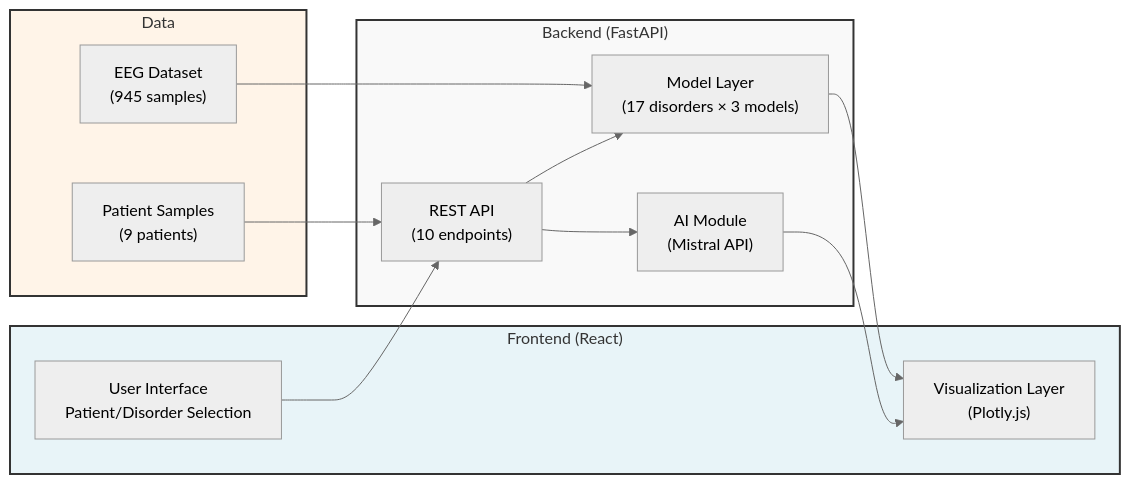
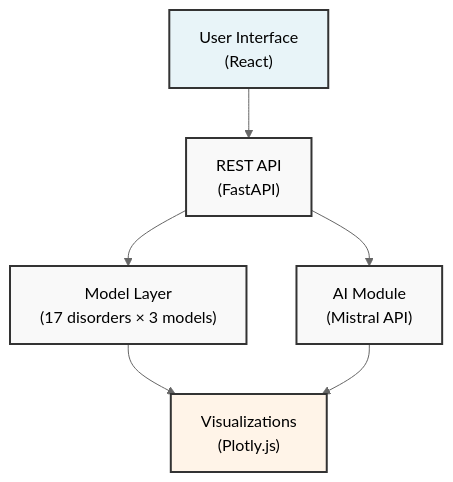
Before and after one commit to RahulPatnaik/AIML-LAB-EL: the diagram in app-architecture.mmd, drawn with Mermaid (neutral theme). The commit also changed 2 other files, not shown here.

Commit message:
Fix diagram layout - remove arrow overlapping
- Changed from graph to flowchart for better spacing
- Removed subgraphs causing overlap issues
- Cleaner node labels for better rendering
- Proper arrow flow without overlaps

🤖 Generated with [Claude Code](https://claude.com/claude-code)

```diff
--- a/app-architecture.mmd
+++ b/app-architecture.mmd
@@ -1,28 +1,18 @@
-graph LR
-    subgraph Frontend["Frontend (React)"]
-        UI["User Interface<br/>Patient/Disorder Selection"]
-        Viz["Visualization Layer<br/>(Plotly.js)"]
-    end
+flowchart TB
+    A["User Interface<br/>(React)"]
+    B["REST API<br/>(FastAPI)"]
+    C["Model Layer<br/>(17 disorders × 3 models)"]
+    D["Visualizations<br/>(Plotly.js)"]
+    E["AI Module<br/>(Mistral API)"]
 
-    subgraph Backend["Backend (FastAPI)"]
-        API["REST API<br/>(10 endpoints)"]
-        Models["Model Layer<br/>(17 disorders × 3 models)"]
-        AI["AI Module<br/>(Mistral API)"]
-    end
+    A --> B
+    B --> C
+    B --> E
+    C --> D
+    E --> D
 
-    subgraph Data["Data"]
-        EEG["EEG Dataset<br/>(945 samples)"]
-        Patients["Patient Samples<br/>(9 patients)"]
-    end
-
-    UI --> API
-    API --> Models
-    API --> AI
-    Models --> Viz
-    AI --> Viz
-    EEG --> Models
-    Patients --> API
-
-    style Frontend fill:#e8f4f8,stroke:#333,stroke-width:2px
-    style Backend fill:#f9f9f9,stroke:#333,stroke-width:2px
-    style Data fill:#fff4e8,stroke:#333,stroke-width:2px
+    style A fill:#e8f4f8,stroke:#333,stroke-width:2px
+    style B fill:#f9f9f9,stroke:#333,stroke-width:2px
+    style C fill:#f9f9f9,stroke:#333,stroke-width:2px
+    style D fill:#fff4e8,stroke:#333,stroke-width:2px
+    style E fill:#f9f9f9,stroke:#333,stroke-width:2px
```
